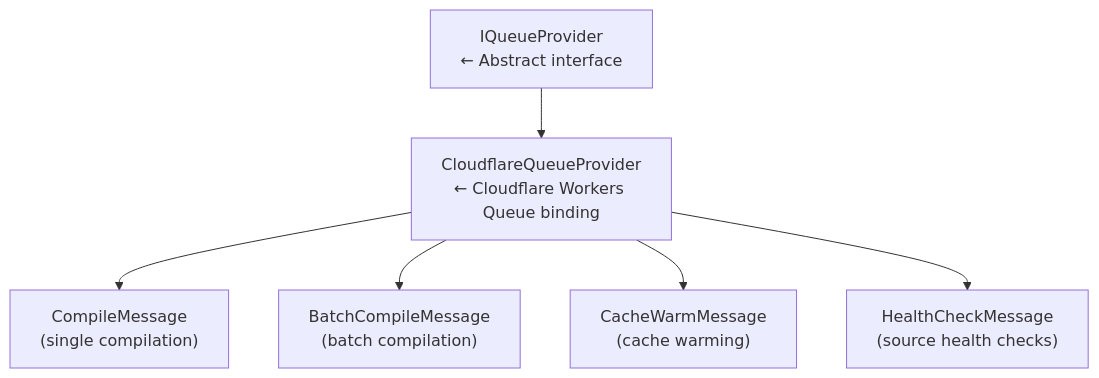
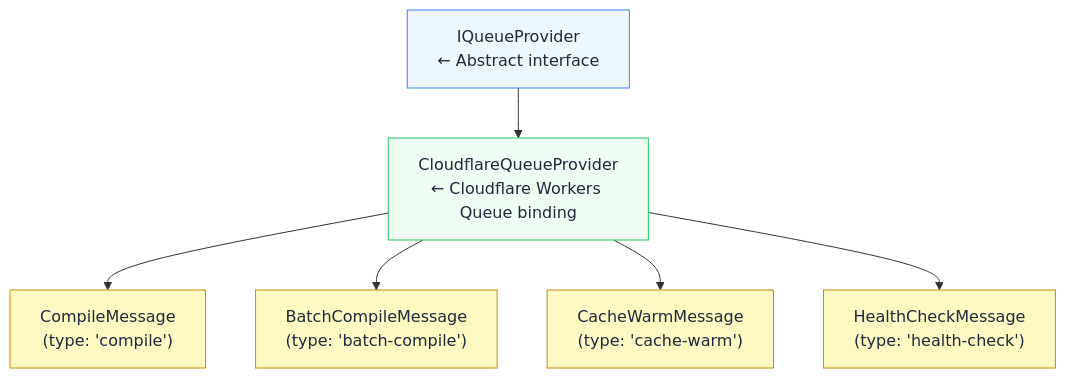
Before and after one commit to jaypatrick/adblock-compiler: the ninth of 19 diagrams in docs/development/ARCHITECTURE.md, drawn with Mermaid. The commit also changed other lines of this file, not shown here.

First line of the commit message:
docs: refresh ARCHITECTURE.md with current architecture, full diagram coverage, and color coding (#1100)

````diff
--- a/docs/development/ARCHITECTURE.md
+++ b/docs/development/ARCHITECTURE.md
@@ -303,9 +378,13 @@
 ```mermaid
 flowchart TD
-    IQP["IQueueProvider\n← Abstract interface"]
-    IQP --> CQP["CloudflareQueueProvider\n← Cloudflare Workers Queue binding"]
-    CQP --> CM["CompileMessage\n(single compilation)"]
-    CQP --> BCM["BatchCompileMessage\n(batch compilation)"]
-    CQP --> CWM["CacheWarmMessage\n(cache warming)"]
-    CQP --> HCM["HealthCheckMessage\n(source health checks)"]
+    classDef interface fill:#eff6ff,stroke:#3b82f6,color:#1e293b
+    classDef provider fill:#f0fdf4,stroke:#22c55e,color:#1e293b
+    classDef message fill:#fef9c3,stroke:#ca8a04,color:#1e293b
+
+    IQP["IQueueProvider\n← Abstract interface"]:::interface
+    IQP --> CQP["CloudflareQueueProvider\n← Cloudflare Workers Queue binding"]:::provider
+    CQP --> CM["CompileMessage\n(type: 'compile')"]:::message
+    CQP --> BCM["BatchCompileMessage\n(type: 'batch-compile')"]:::message
+    CQP --> CWM["CacheWarmMessage\n(type: 'cache-warm')"]:::message
+    CQP --> HCM["HealthCheckMessage\n(type: 'health-check')"]:::message
 ```
````
